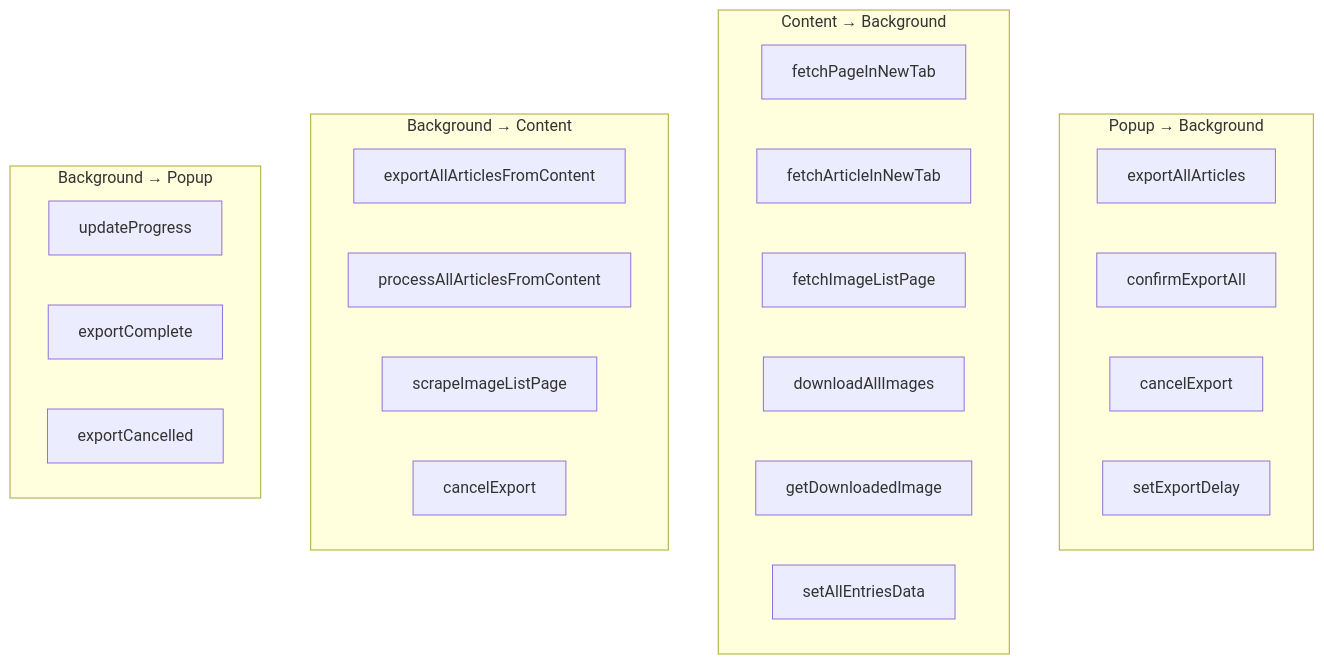
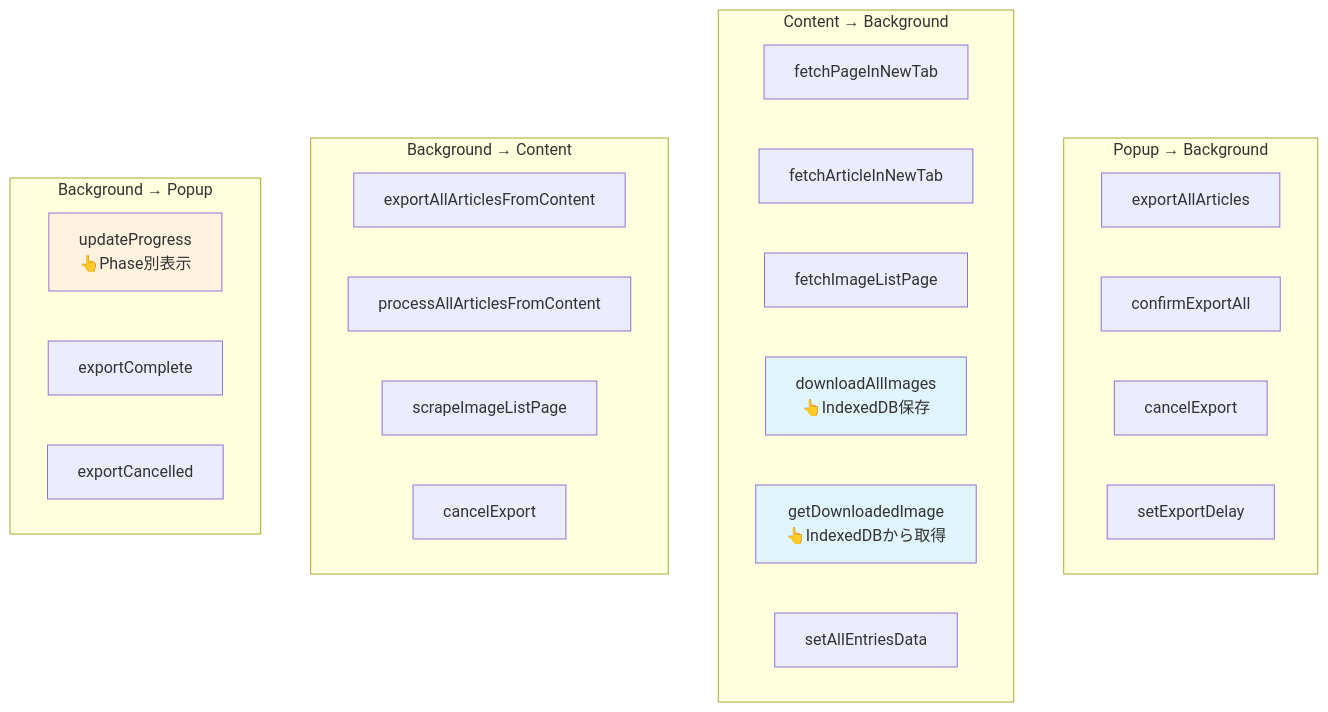
The seventh of 8 diagrams in .claude/design-document.md (kako-jun/sync-stone), drawn with Mermaid before and after one commit. The commit also changed other lines of this file and 1 other file, not shown here.

````diff
--- a/.claude/design-document.md
+++ b/.claude/design-document.md
@@ -256,31 +311,35 @@
 ```mermaid
 graph TD
     subgraph "Popup → Background"
         A1[exportAllArticles]
         A2[confirmExportAll]
         A3[cancelExport]
         A4[setExportDelay]
     end
     
     subgraph "Content → Background"
         B1[fetchPageInNewTab]
         B2[fetchArticleInNewTab]
         B3[fetchImageListPage]
-        B4[downloadAllImages]
-        B5[getDownloadedImage]
+        B4[downloadAllImages<br/>👆IndexedDB保存]
+        B5[getDownloadedImage<br/>👆IndexedDBから取得]
         B6[setAllEntriesData]
     end
     
     subgraph "Background → Content"
         C1[exportAllArticlesFromContent]
         C2[processAllArticlesFromContent]
         C3[scrapeImageListPage]
         C4[cancelExport]
     end
     
     subgraph "Background → Popup"
-        D1[updateProgress]
+        D1[updateProgress<br/>👆Phase別表示]
         D2[exportComplete]
         D3[exportCancelled]
     end
+    
+    style B4 fill:#e1f5fe
+    style B5 fill:#e1f5fe
+    style D1 fill:#fff3e0
 ```
````
